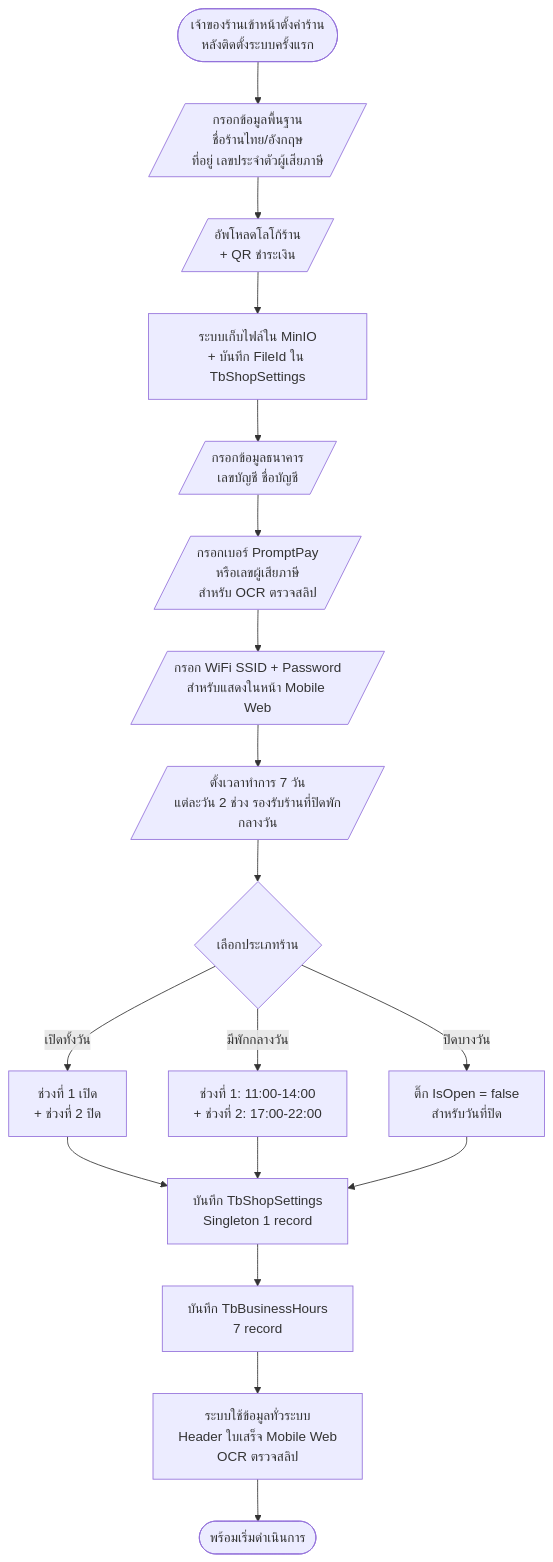
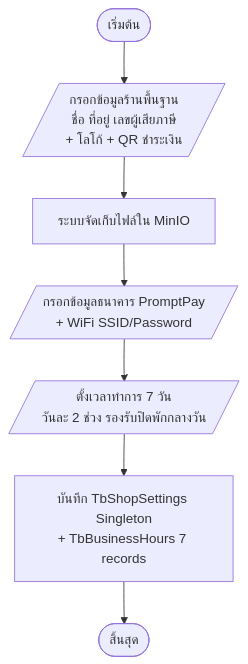
Before and after one commit to TurkPhakim/RBMS-POS-Website: the fourth of 28 diagrams in doc/report/05-chapter-3-design.md, drawn with Mermaid. The commit also changed other lines of this file and 7 other files, not shown here.

````diff
--- a/doc/report/05-chapter-3-design.md
+++ b/doc/report/05-chapter-3-design.md
@@ -338,20 +353,9 @@
 ```mermaid
 flowchart TD
-    A([เจ้าของร้านเข้าหน้าตั้งค่าร้าน<br/>หลังติดตั้งระบบครั้งแรก]) --> B[/กรอกข้อมูลพื้นฐาน<br/>ชื่อร้านไทย/อังกฤษ<br/>ที่อยู่ เลขประจำตัวผู้เสียภาษี/]
-    B --> C[/อัพโหลดโลโก้ร้าน<br/>+ QR ชำระเงิน/]
-    C --> D[ระบบเก็บไฟล์ใน MinIO<br/>+ บันทึก FileId ใน TbShopSettings]
-    D --> E[/กรอกข้อมูลธนาคาร<br/>เลขบัญชี ชื่อบัญชี/]
-    E --> F[/กรอกเบอร์ PromptPay<br/>หรือเลขผู้เสียภาษี<br/>สำหรับ OCR ตรวจสลิป/]
-    F --> G[/กรอก WiFi SSID + Password<br/>สำหรับแสดงในหน้า Mobile Web/]
-    G --> H[/ตั้งเวลาทำการ 7 วัน<br/>แต่ละวัน 2 ช่วง รองรับร้านที่ปิดพักกลางวัน/]
-    H --> I{เลือกประเภทร้าน}
-    I -- เปิดทั้งวัน --> J[ช่วงที่ 1 เปิด<br/>+ ช่วงที่ 2 ปิด]
-    I -- มีพักกลางวัน --> K[ช่วงที่ 1: 11:00-14:00<br/>+ ช่วงที่ 2: 17:00-22:00]
-    I -- ปิดบางวัน --> L[ติ๊ก IsOpen = false<br/>สำหรับวันที่ปิด]
-    J --> M[บันทึก TbShopSettings<br/>Singleton 1 record]
-    K --> M
-    L --> M
-    M --> N[บันทึก TbBusinessHours<br/>7 record]
-    N --> O[ระบบใช้ข้อมูลทั่วระบบ<br/>Header ใบเสร็จ Mobile Web<br/>OCR ตรวจสลิป]
-    O --> P([พร้อมเริ่มดำเนินการ])
+    Start([เริ่มต้น]) --> A[/กรอกข้อมูลร้านพื้นฐาน<br/>ชื่อ ที่อยู่ เลขผู้เสียภาษี<br/>+ โลโก้ + QR ชำระเงิน/]
+    A --> B[ระบบจัดเก็บไฟล์ใน MinIO]
+    B --> C[/กรอกข้อมูลธนาคาร PromptPay<br/>+ WiFi SSID/Password/]
+    C --> D[/ตั้งเวลาทำการ 7 วัน<br/>วันละ 2 ช่วง รองรับปิดพักกลางวัน/]
+    D --> E[บันทึก TbShopSettings Singleton<br/>+ TbBusinessHours 7 records]
+    E --> End([สิ้นสุด])
 ```
````
